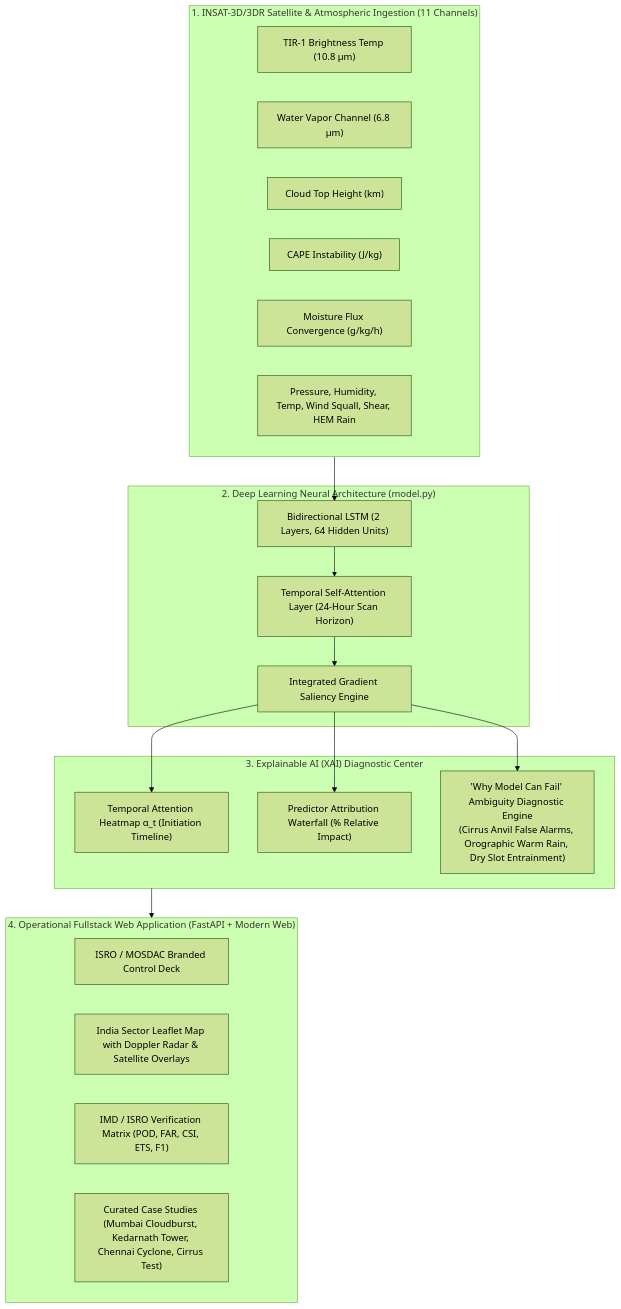
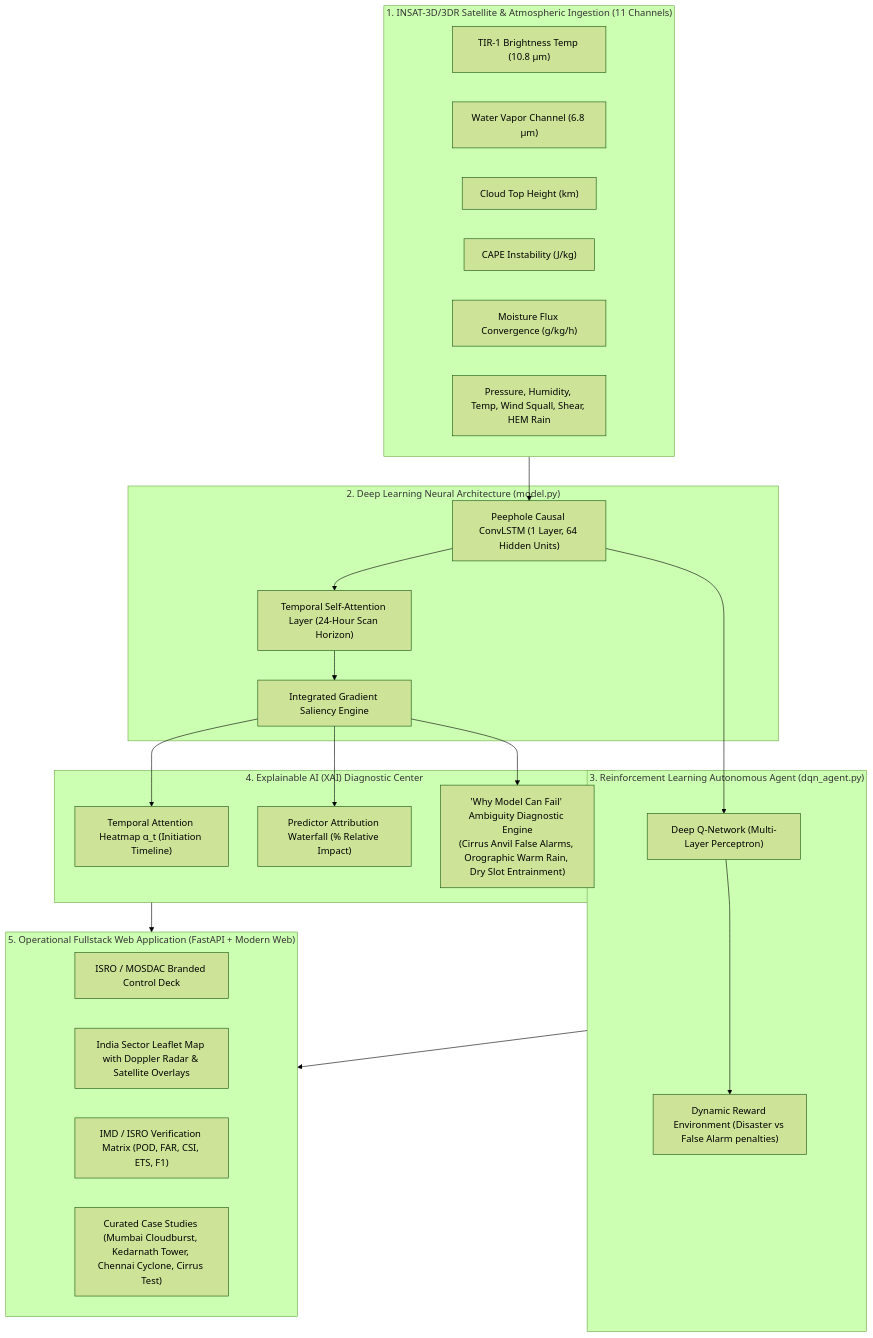
Before and after one commit to arnjos096-cmyk/RainPredictor: the diagram in README.md, drawn with Mermaid (forest theme). The commit also changed other lines of this file and 11 other files, not shown here.

Commit message:
feat: Architect Peephole Causal ConvLSTM & RL Deep Q-Network for Real-time Disaster Nowcasting

````diff
--- a/README.md
+++ b/README.md
@@ -15,38 +15,46 @@
 ```mermaid
 flowchart TD
     subgraph InputDeck ["1. INSAT-3D/3DR Satellite & Atmospheric Ingestion (11 Channels)"]
         TIR["TIR-1 Brightness Temp (10.8 µm)"]
         WV["Water Vapor Channel (6.8 µm)"]
         CTH["Cloud Top Height (km)"]
         CAPE["CAPE Instability (J/kg)"]
         MC["Moisture Flux Convergence (g/kg/h)"]
         OTH["Pressure, Humidity, Temp, Wind Squall, Shear, HEM Rain"]
     end
 
     subgraph CoreModel ["2. Deep Learning Neural Architecture (model.py)"]
-        BiLSTM["Bidirectional LSTM (2 Layers, 64 Hidden Units)"]
+        ConvLSTM["Peephole Causal ConvLSTM (1 Layer, 64 Hidden Units)"]
         Attn["Temporal Self-Attention Layer (24-Hour Scan Horizon)"]
         Grad["Integrated Gradient Saliency Engine"]
-        BiLSTM --> Attn
+        ConvLSTM --> Attn
         Attn --> Grad
     end
 
-    subgraph XAIEngine ["3. Explainable AI (XAI) Diagnostic Center"]
+    subgraph RL ["3. Reinforcement Learning Autonomous Agent (dqn_agent.py)"]
+        DQN["Deep Q-Network (Multi-Layer Perceptron)"]
+        Reward["Dynamic Reward Environment (Disaster vs False Alarm penalties)"]
+        DQN --> Reward
+    end
+
+    subgraph XAIEngine ["4. Explainable AI (XAI) Diagnostic Center"]
         TAttn["Temporal Attention Heatmap α_t (Initiation Timeline)"]
         FA["Predictor Attribution Waterfall (% Relative Impact)"]
         FailDiag["'Why Model Can Fail' Ambiguity Diagnostic Engine\n(Cirrus Anvil False Alarms, Orographic Warm Rain, Dry Slot Entrainment)"]
     end
 
-    subgraph WebApp ["4. Operational Fullstack Web Application (FastAPI + Modern Web)"]
+    subgraph WebApp ["5. Operational Fullstack Web Application (FastAPI + Modern Web)"]
         Dashboard["ISRO / MOSDAC Branded Control Deck"]
         Map["India Sector Leaflet Map with Doppler Radar & Satellite Overlays"]
         Metrics["IMD / ISRO Verification Matrix (POD, FAR, CSI, ETS, F1)"]
         Scenarios["Curated Case Studies (Mumbai Cloudburst, Kedarnath Tower, Chennai Cyclone, Cirrus Test)"]
     end
 
-    InputDeck --> BiLSTM
+    InputDeck --> ConvLSTM
     Grad --> TAttn
     Grad --> FA
     Grad --> FailDiag
+    ConvLSTM --> DQN
+    RL --> WebApp
     XAIEngine --> WebApp
 ```
````
